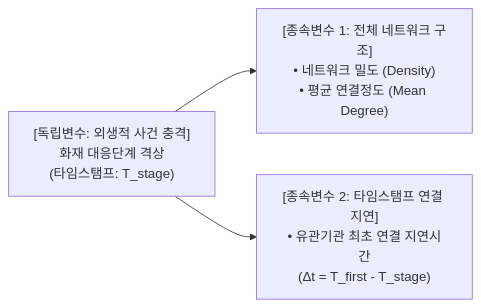
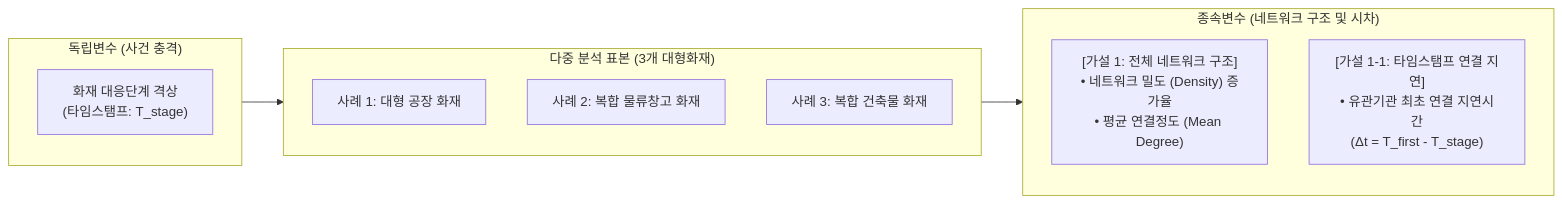
One commit to skang88/SNA changed the third of 5 diagrams in 소방_SNA_수업_연구계획서.md. Above: the diagram before and after it, drawn with Mermaid. The commit also changed other lines of this file and 1 other file, not shown here.

````diff
--- a/소방_SNA_수업_연구계획서.md
+++ b/소방_SNA_수업_연구계획서.md
@@ -92,5 +90,20 @@
 ```mermaid
 flowchart LR
-    X["[독립변수: 외생적 사건 충격]<br/>화재 대응단계 격상<br/>(타임스탬프: T_stage)"] --> Y1["[종속변수 1: 전체 네트워크 구조]<br/>• 네트워크 밀도 (Density)<br/>• 평균 연결정도 (Mean Degree)"]
-    X --> Y2["[종속변수 2: 타임스탬프 연결 지연]<br/>• 유관기관 최초 연결 지연시간<br/>(Δt = T_first - T_stage)"]
+    subgraph Input["독립변수 (사건 충격)"]
+        X["화재 대응단계 격상<br/>(타임스탬프: T_stage)"]
+    end
+
+    subgraph Cases["다중 분석 표본 (3개 대형화재)"]
+        C1["사례 1: 대형 공장 화재"]
+        C2["사례 2: 복합 물류창고 화재"]
+        C3["사례 3: 복합 건축물 화재"]
+    end
+
+    subgraph Output["종속변수 (네트워크 구조 및 시차)"]
+        Y1["[가설 1: 전체 네트워크 구조]<br/>• 네트워크 밀도 (Density) 증가율<br/>• 평균 연결정도 (Mean Degree)"]
+        Y2["[가설 1-1: 타임스탬프 연결 지연]<br/>• 유관기관 최초 연결 지연시간<br/>(Δt = T_first - T_stage)"]
+    end
+
+    Input --> Cases
+    Cases --> Output
 ```
````
